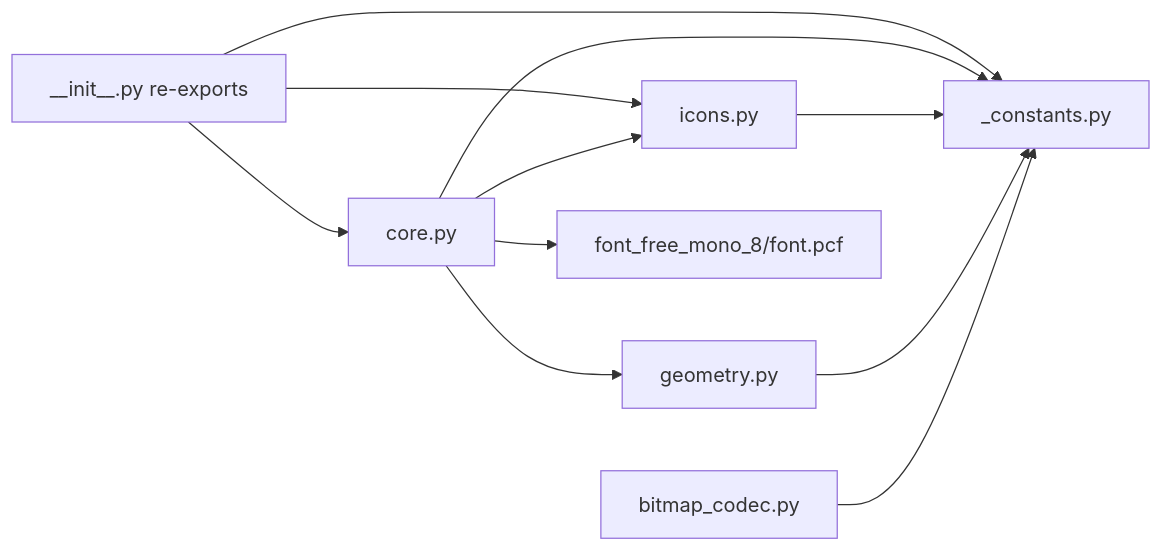
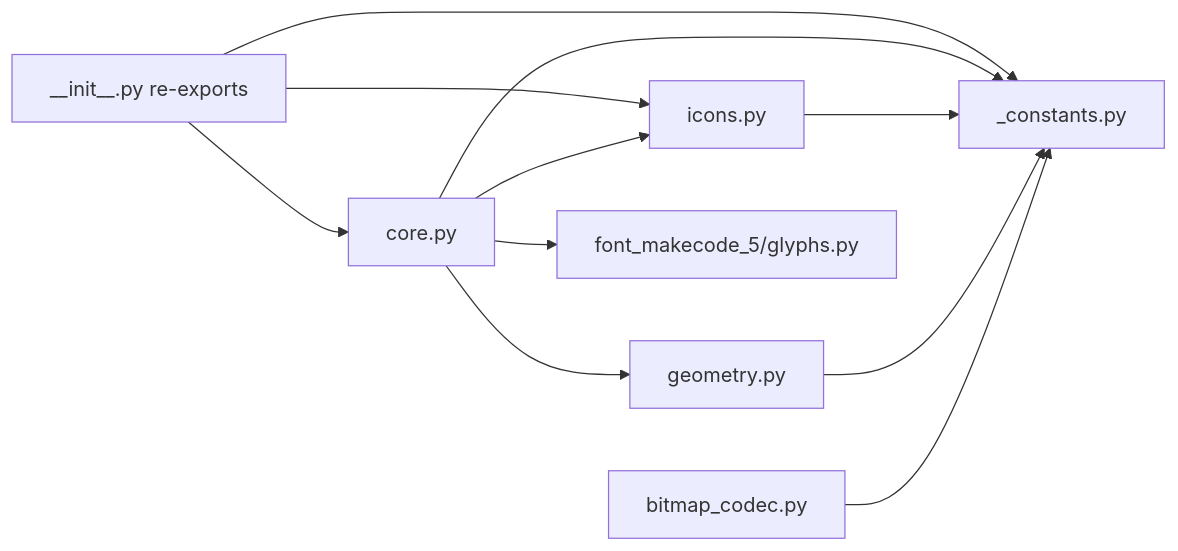
The diagram in 2026-09_Exp16_BPI-Bit-S2_CircuitPy_PlanetX/lib/display/README.md (AlexHentschel/circuitpython-experiments), drawn with Mermaid before and after one commit. The commit also changed other lines of this file and 10 other files, not shown here.

````diff
--- a/2026-09_Exp16_BPI-Bit-S2_CircuitPy_PlanetX/lib/display/README.md
+++ b/2026-09_Exp16_BPI-Bit-S2_CircuitPy_PlanetX/lib/display/README.md
@@ -164,20 +164,20 @@
 ```mermaid
 flowchart LR
   init[__init__.py re-exports]
   const[_constants.py]
   codec[bitmap_codec.py]
   geom[geometry.py]
   icons[icons.py]
   core[core.py]
-  font[font_free_mono_8/font.pcf]
+  font[font_makecode_5/glyphs.py]
   codec --> const
   geom --> const
   icons --> const
   core --> const
   core --> geom
   core --> icons
   core --> font
   init --> const
   init --> icons
   init --> core
 ```
````
